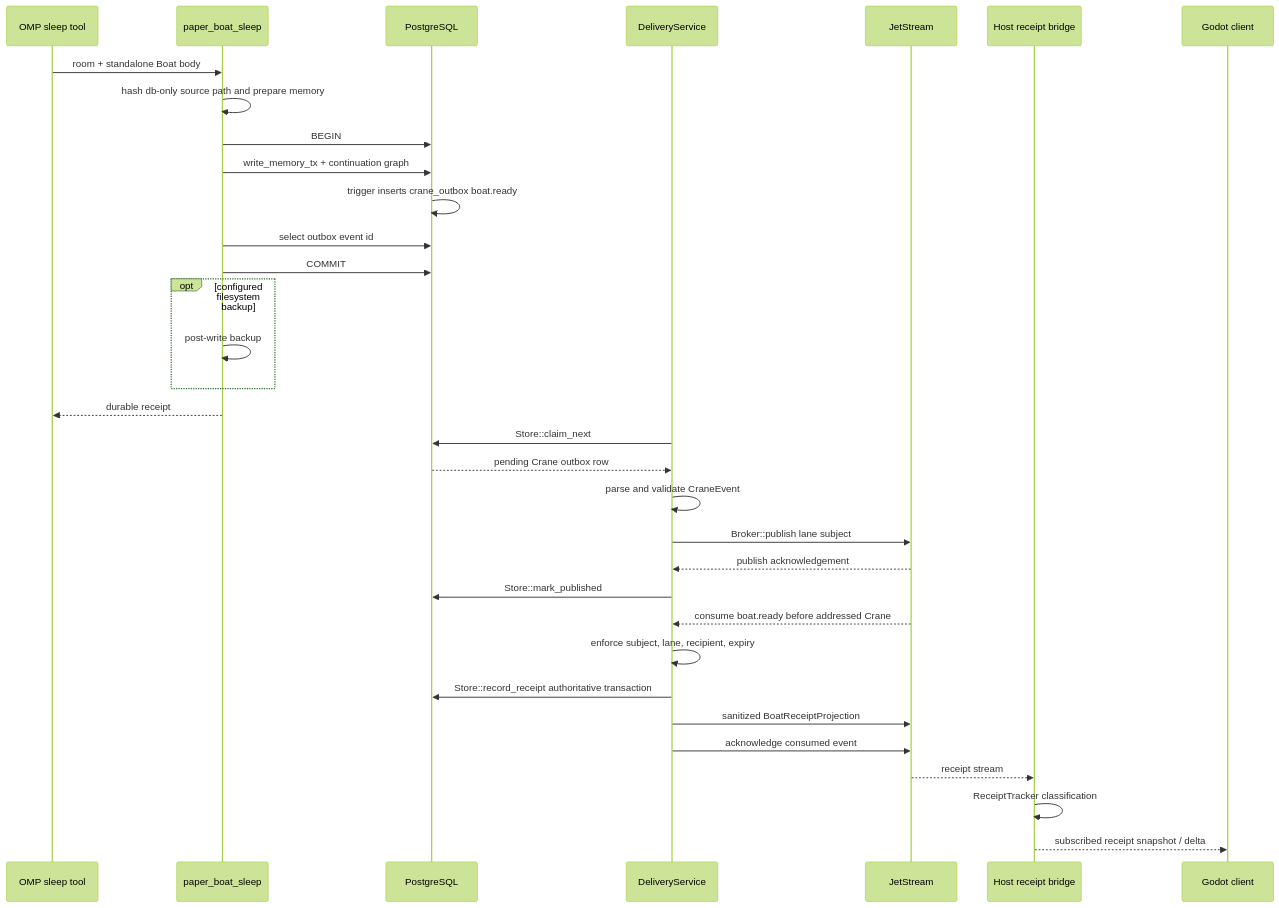
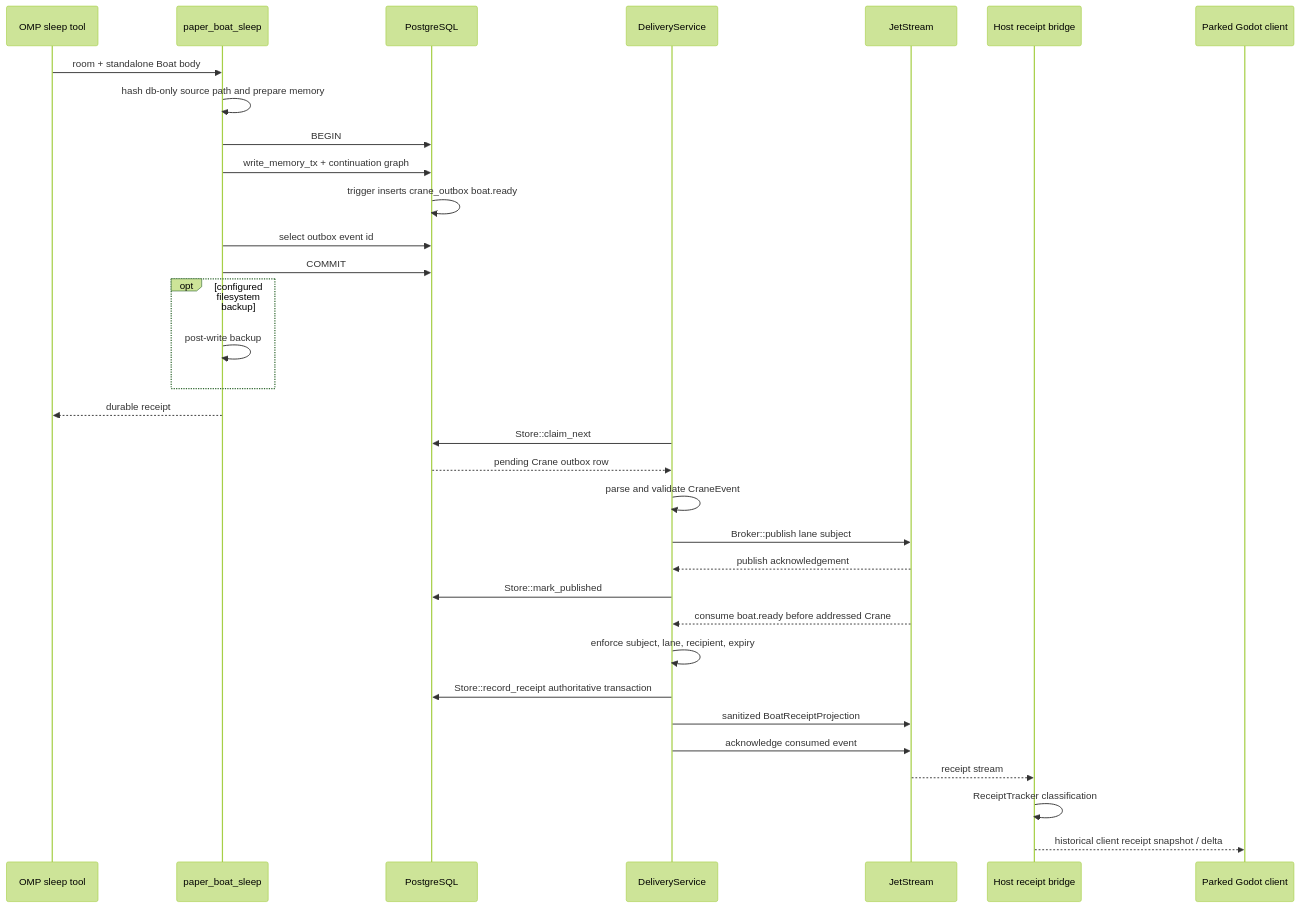
One commit to solarisael/the-athanor changed diagram 11 of 16 in docs/CODE_FLOW_MAP.md. Above: the diagram before and after it, drawn with Mermaid (forest theme). The commit also changed other lines of this file and 15 other files, not shown here.

First line of the commit message:
docs: the web prototype is the operator door; Godot is parked

````diff
--- a/docs/CODE_FLOW_MAP.md
+++ b/docs/CODE_FLOW_MAP.md
@@ -486,38 +488,38 @@
 ```mermaid
 sequenceDiagram
     participant Tool as OMP sleep tool
     participant Sub as paper_boat_sleep
     participant PG as PostgreSQL
     participant Delivery as DeliveryService
     participant NATS as JetStream
     participant Host as Host receipt bridge
-    participant Godot as Godot client
+    participant Godot as Parked Godot client
 
     Tool->>Sub: room + standalone Boat body
     Sub->>Sub: hash db-only source path and prepare memory
     Sub->>PG: BEGIN
     Sub->>PG: write_memory_tx + continuation graph
     PG->>PG: trigger inserts crane_outbox boat.ready
     Sub->>PG: select outbox event id
     Sub->>PG: COMMIT
     opt configured filesystem backup
         Sub->>Sub: post-write backup
     end
     Sub-->>Tool: durable receipt
 
     Delivery->>PG: Store::claim_next
     PG-->>Delivery: pending Crane outbox row
     Delivery->>Delivery: parse and validate CraneEvent
     Delivery->>NATS: Broker::publish lane subject
     NATS-->>Delivery: publish acknowledgement
     Delivery->>PG: Store::mark_published
 
     NATS-->>Delivery: consume boat.ready before addressed Crane
     Delivery->>Delivery: enforce subject, lane, recipient, expiry
     Delivery->>PG: Store::record_receipt authoritative transaction
     Delivery->>NATS: sanitized BoatReceiptProjection
     Delivery->>NATS: acknowledge consumed event
     NATS-->>Host: receipt stream
     Host->>Host: ReceiptTracker classification
-    Host-->>Godot: subscribed receipt snapshot / delta
+    Host-->>Godot: historical client receipt snapshot / delta
 ```
````
